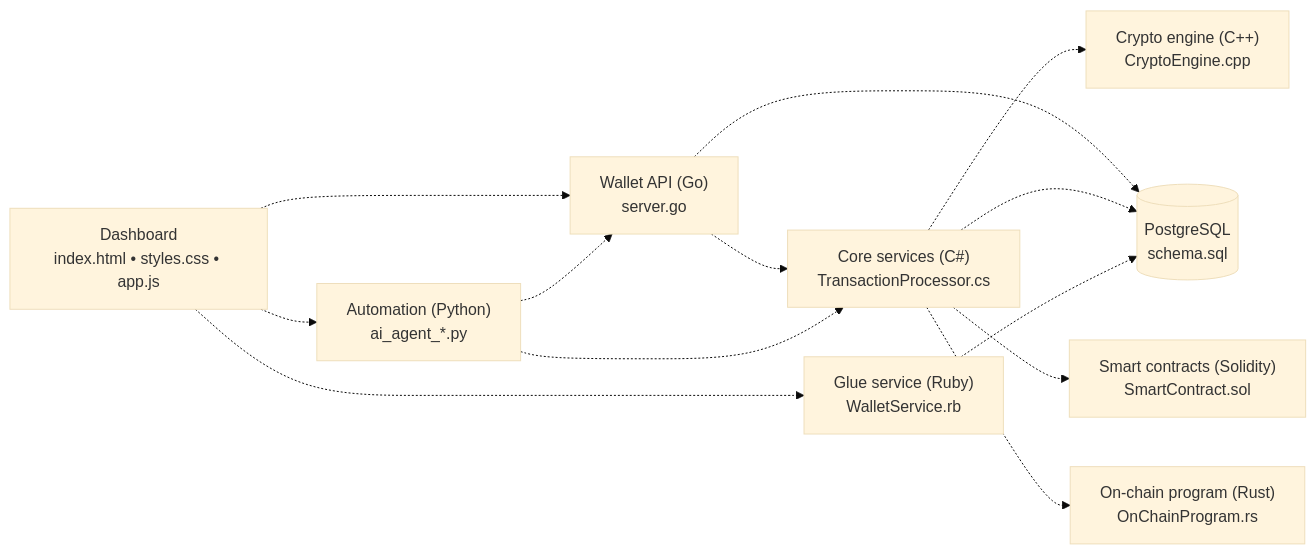
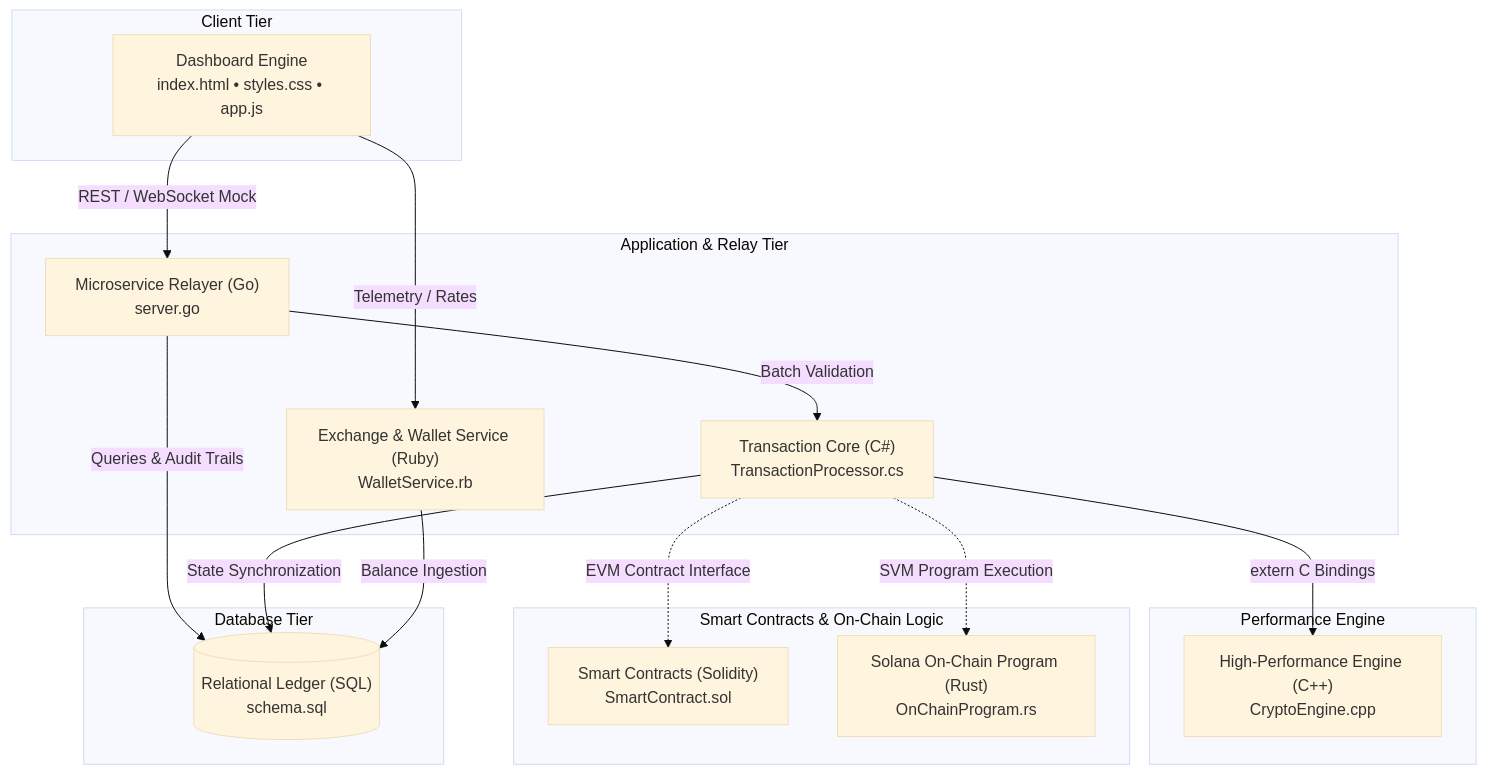
One commit to LinkHAckerman/MasterProject changed the diagram in README.md. Above: the diagram before and after it, drawn with Mermaid (base theme). The commit also changed other lines of this file and 5 other files, not shown here.

Commit message:
Autonomous multi-language architecture evolution (5 agents)

````diff
--- a/README.md
+++ b/README.md
@@ -72,25 +71,35 @@
 ```mermaid
-flowchart LR
-    UI["Dashboard<br/>index.html • styles.css • app.js"]
-    GO["Wallet API (Go)<br/>server.go"]
-    CS["Core services (C#)<br/>TransactionProcessor.cs"]
-    CPP["Crypto engine (C++)<br/>CryptoEngine.cpp"]
-    RB["Glue service (Ruby)<br/>WalletService.rb"]
-    DB[("PostgreSQL<br/>schema.sql")]
-    SOL["Smart contracts (Solidity)<br/>SmartContract.sol"]
-    RS["On‑chain program (Rust)<br/>OnChainProgram.rs"]
-    PY["Automation (Python)<br/>ai_agent_*.py"]
+flowchart TD
+    subgraph Presentation["Client Tier"]
+        UI["Dashboard Engine<br/>index.html • styles.css • app.js"]
+    end
 
-    UI -.-> GO
-    UI -.-> RB
-    UI -.-> PY
-    GO -.-> CS
-    GO -.-> DB
-    CS -.-> CPP
-    CS -.-> DB
-    CS -.-> SOL
-    CS -.-> RS
-    RB -.-> DB
-    PY -.-> GO
-    PY -.-> CS
+    subgraph Services["Application & Relay Tier"]
+        GO["Microservice Relayer (Go)<br/>server.go"]
+        CS["Transaction Core (C#)<br/>TransactionProcessor.cs"]
+        RB["Exchange & Wallet Service (Ruby)<br/>WalletService.rb"]
+    end
+
+    subgraph Compute["Performance Engine"]
+        CPP["High-Performance Engine (C++)<br/>CryptoEngine.cpp"]
+    end
+
+    subgraph OnChain["Smart Contracts & On-Chain Logic"]
+        SOL["Smart Contracts (Solidity)<br/>SmartContract.sol"]
+        RS["Solana On-Chain Program (Rust)<br/>OnChainProgram.rs"]
+    end
+
+    subgraph Persistence["Database Tier"]
+        DB[("Relational Ledger (SQL)<br/>schema.sql")]
+    end
+
+    UI -->|REST / WebSocket Mock| GO
+    UI -->|Telemetry / Rates| RB
+    GO -->|Batch Validation| CS
+    GO -->|Queries & Audit Trails| DB
+    CS -->|extern C Bindings| CPP
+    CS -->|State Synchronization| DB
+    CS -.->|EVM Contract Interface| SOL
+    CS -.->|SVM Program Execution| RS
+    RB -->|Balance Ingestion| DB
 ```
````
